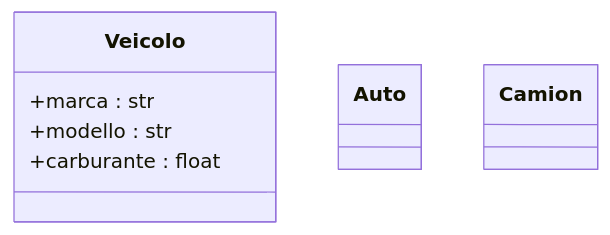
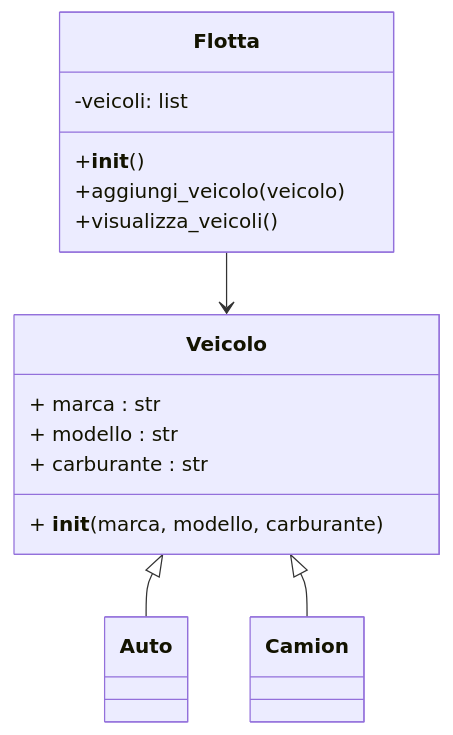
Before and after one commit to LorenzoPezzolesi/esercizi_python_4M: the diagram in ```mermaid_es_26.md, drawn with Mermaid. The commit also changed 1 other file, not shown here.

````diff
--- a/```mermaid_es_26.md
+++ b/```mermaid_es_26.md
@@ -1,23 +1,28 @@
 ```mermaid
 classDiagram
+    class Flotta{
+     -veicoli: list
+        +__init__()
+        +aggiungi_veicolo(veicolo)
+        +visualizza_veicoli()
+    }
     class Veicolo {
-    +marca : str
-    +modello : str
-    +carburante : float
-    
+    + marca : str
+    + modello : str
+    + carburante : str
+    + __init__(marca, modello, carburante)
     
     }
 
     class Auto {
-
-
-
-
+    
     }
     class Camion {
-
-
-
+    
     }
 
+Veicolo <|-- Auto
+Veicolo <|-- Camion
+Flotta --> Veicolo
+
 ```
````
